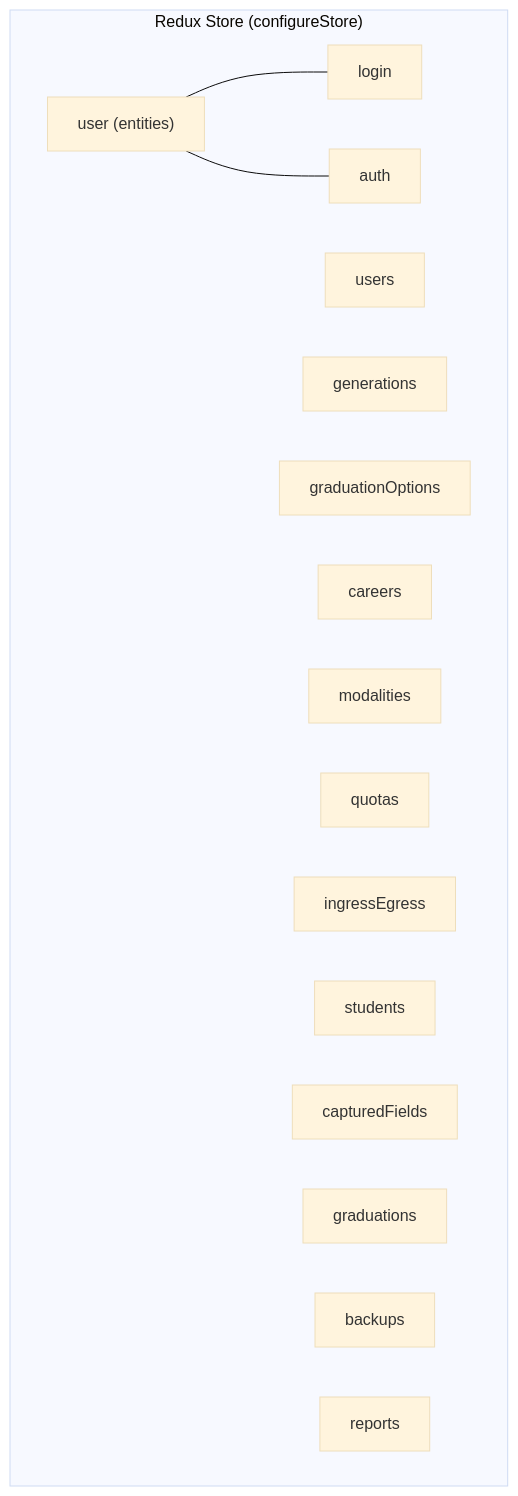
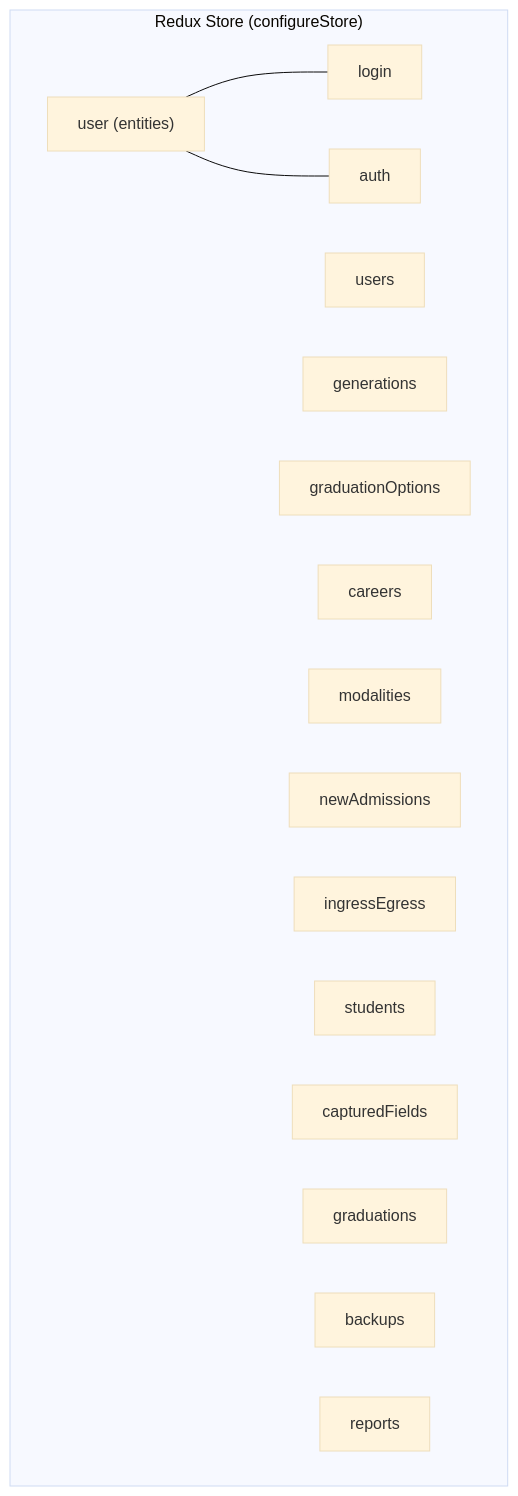
One commit to Mario-jesus/sistema-titulacion changed the fourth of 7 diagrams in docs/ARQUITECTURA_FRONTEND.md. Above: the diagram before and after it, drawn with Mermaid (base theme). The commit also changed 61 other files, not shown here.

First line of the commit message:
Refactor quotas to new admissions structure and update related components

````diff
--- a/docs/ARQUITECTURA_FRONTEND.md
+++ b/docs/ARQUITECTURA_FRONTEND.md
@@ -114,23 +114,23 @@
 ```mermaid
 flowchart TB
   subgraph store["Redux Store (configureStore)"]
     user["user (entities)"]
     login["login"]
     auth["auth"]
     users["users"]
     generations["generations"]
     graduationOptions["graduationOptions"]
     careers["careers"]
     modalities["modalities"]
-    quotas["quotas"]
+    newAdmissions["newAdmissions"]
     ingressEgress["ingressEgress"]
     students["students"]
     capturedFields["capturedFields"]
     graduations["graduations"]
     backups["backups"]
     reports["reports"]
   end
 
   user --- login
   user --- auth
 ```
````
